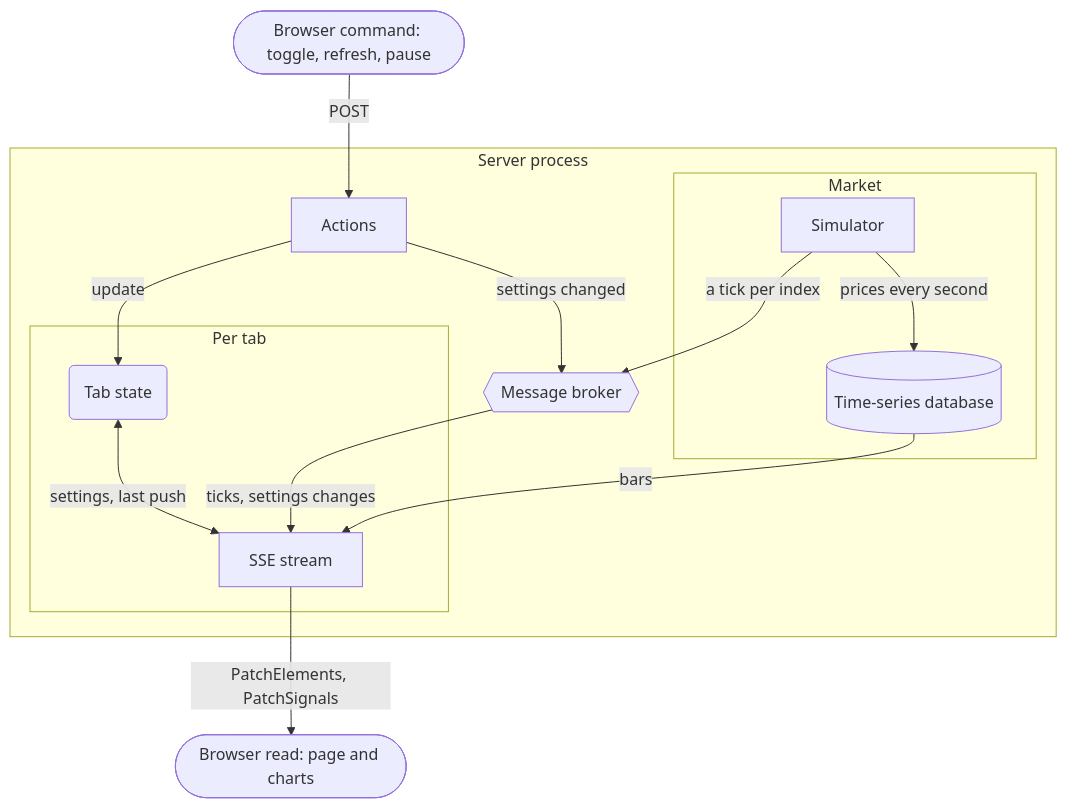
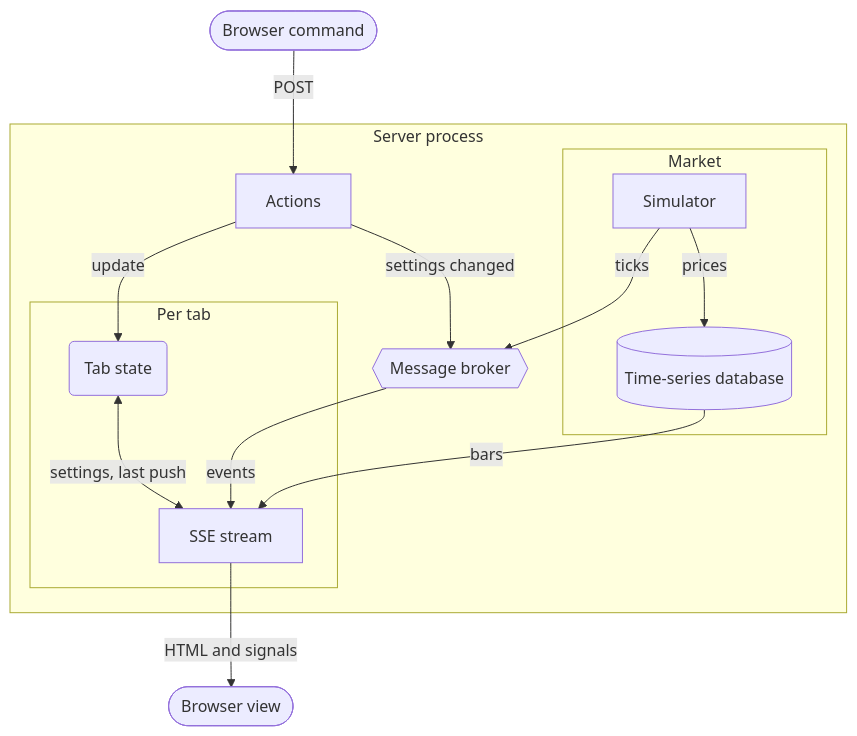
One commit to romshark/datapages changed the diagram in example/realtime-charts/README.md. Above: the diagram before and after it, drawn with Mermaid. The commit also changed other lines of this file and 26 other files, not shown here.

````diff
--- a/example/realtime-charts/README.md
+++ b/example/realtime-charts/README.md
@@ -63,29 +57,29 @@
 ```mermaid
 flowchart TB
-    command(["Browser command: toggle, refresh, pause"])
+    command(["Browser command"])
 
     subgraph server["Server process"]
         actions["Actions"]
         broker{{"Message broker"}}
         subgraph market["Market"]
             simulator["Simulator"]
             db[("Time-series database")]
         end
         subgraph tab["Per tab"]
             state("Tab state")
             stream["SSE stream"]
         end
     end
 
-    read(["Browser read: page and charts"])
+    read(["Browser view"])
 
     command -->|"POST"| actions
     actions -->|"update"| state
     actions -->|"settings changed"| broker
-    simulator -->|"prices every second"| db
-    simulator -->|"a tick per index"| broker
+    simulator -->|"prices"| db
+    simulator -->|"ticks"| broker
     state <-->|"settings, last push"| stream
-    broker -->|"ticks, settings changes"| stream
+    broker -->|"events"| stream
     db -->|"bars"| stream
-    stream -->|"PatchElements, PatchSignals"| read
+    stream -->|"HTML and signals"| read
 ```
````
